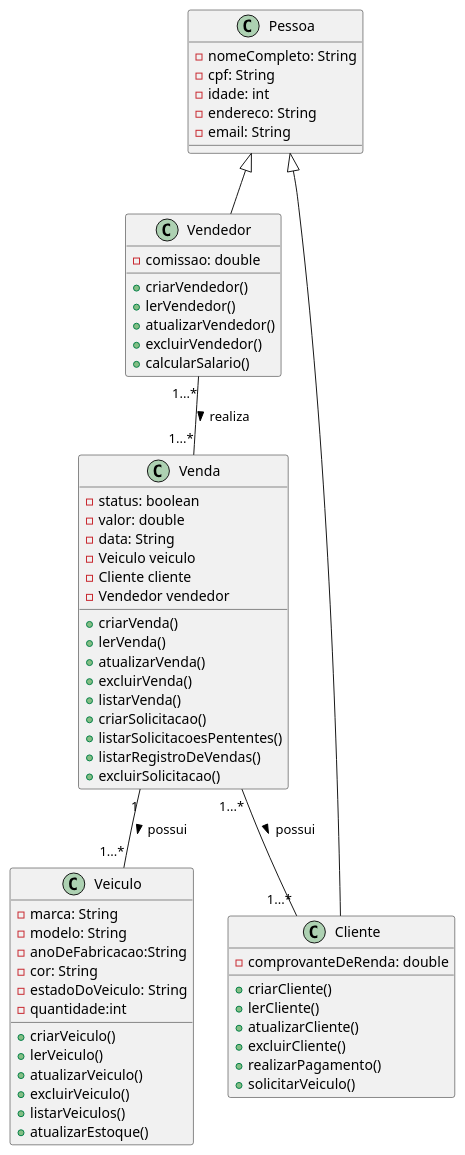
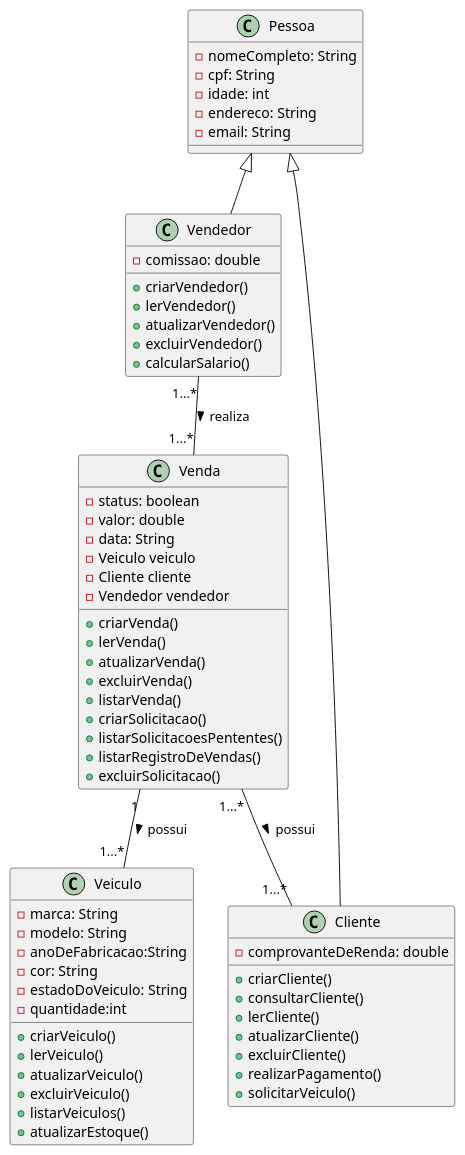
The diagram in DIAGRAMA/ProjetoPOO.iuml (Moisesl2/Projeto-Concessionaria), drawn with PlantUML before and after one commit. The commit also changed 3 other files, not shown here.

```diff
--- a/DIAGRAMA/ProjetoPOO.iuml
+++ b/DIAGRAMA/ProjetoPOO.iuml
@@ -1,67 +1,68 @@
 @startuml "Concessionária"
 
 class Pessoa{
     -nomeCompleto: String
     -cpf: String
     -idade: int
     -endereco: String
     -email: String
 }
 
 class Vendedor{
     -comissao: double
     +criarVendedor()
     +lerVendedor()
     +atualizarVendedor()
     +excluirVendedor()
     +calcularSalario()
 }
 class Cliente{
     -comprovanteDeRenda: double
     +criarCliente()
+    +consultarCliente() 
     +lerCliente()
     +atualizarCliente()
     +excluirCliente()
     +realizarPagamento()
     +solicitarVeiculo()
 }
 
 class Veiculo{
     -marca: String 
     -modelo: String
     -anoDeFabricacao:String 
     -cor: String 
     -estadoDoVeiculo: String
     -quantidade:int
     +criarVeiculo()
     +lerVeiculo()
     +atualizarVeiculo()
     +excluirVeiculo()
     +listarVeiculos()
     +atualizarEstoque()
 }
 class Venda{
     -status: boolean
     -valor: double 
     -data: String
     -Veiculo veiculo
     -Cliente cliente 
     -Vendedor vendedor
     +criarVenda()
     +lerVenda()
     +atualizarVenda()
     +excluirVenda()
     +listarVenda()
     +criarSolicitacao() 
     +listarSolicitacoesPententes()
     +listarRegistroDeVendas()
     +excluirSolicitacao()
 }
 Pessoa <|-- Vendedor
 Pessoa <|-- Cliente 
 
 Vendedor "1...*"--"1...*" Venda: realiza >
 Venda "1" -- "1...*" Veiculo: possui >
 Venda "1...*" -- "1...*" Cliente: possui >
 
 @enduml
```
